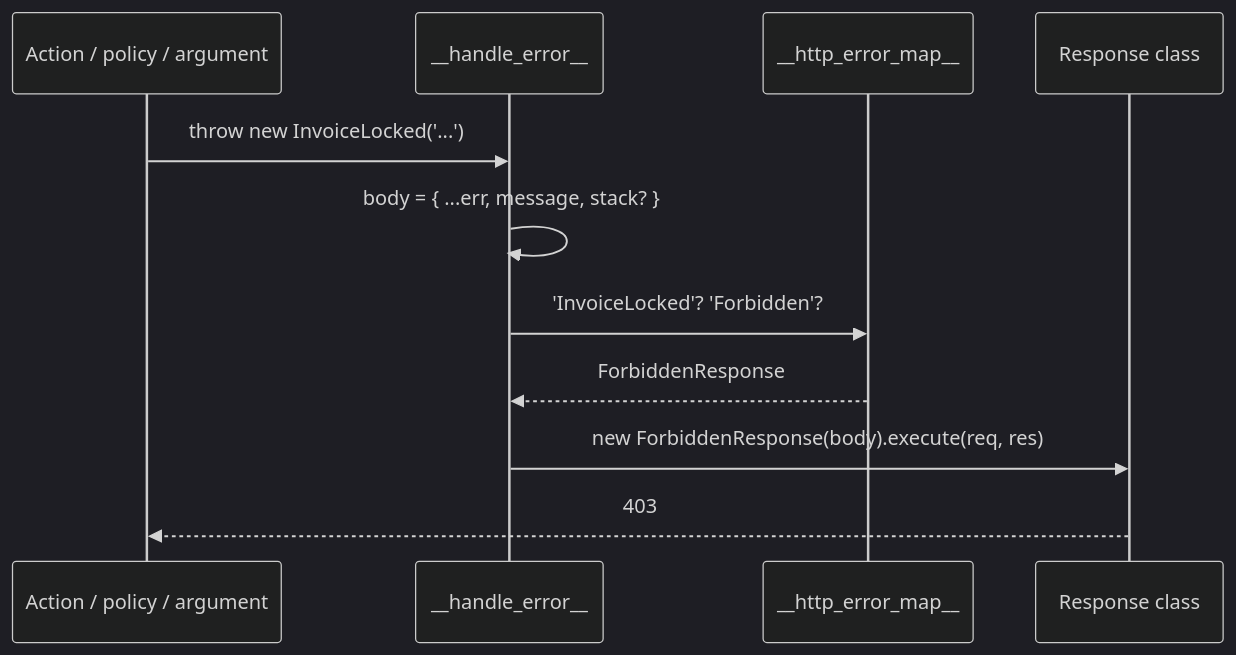
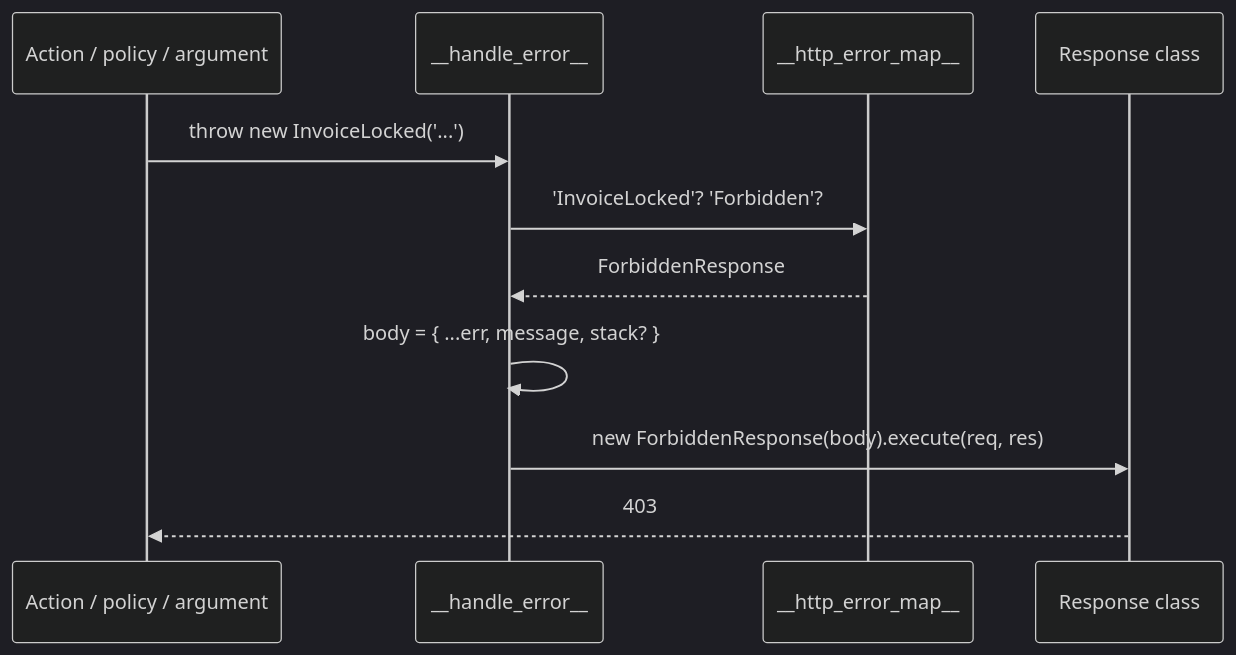
One commit to spinajs/main changed the diagram in docs/http/11-error-handling.md. Above: the diagram before and after it, drawn with Mermaid (dark theme). The commit also changed other lines of this file and 4 other files, not shown here.

````diff
--- a/docs/http/11-error-handling.md
+++ b/docs/http/11-error-handling.md
@@ -27,13 +27,13 @@
 ```mermaid
 sequenceDiagram
   participant A as Action / policy / argument
   participant H as __handle_error__
   participant M as __http_error_map__
   participant R as Response class
   A->>H: throw new InvoiceLocked('...')
-  H->>H: body = { ...err, message, stack? }
   H->>M: 'InvoiceLocked'? 'Forbidden'?
   M-->>H: ForbiddenResponse
+  H->>H: body = { ...err, message, stack? }
   H->>R: new ForbiddenResponse(body).execute(req, res)
   R-->>A: 403
 ```
````
